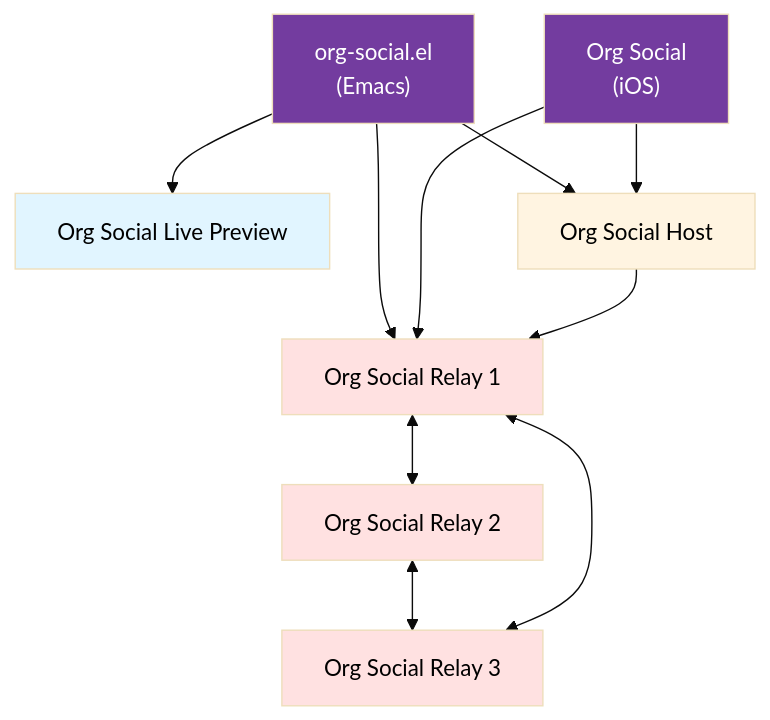
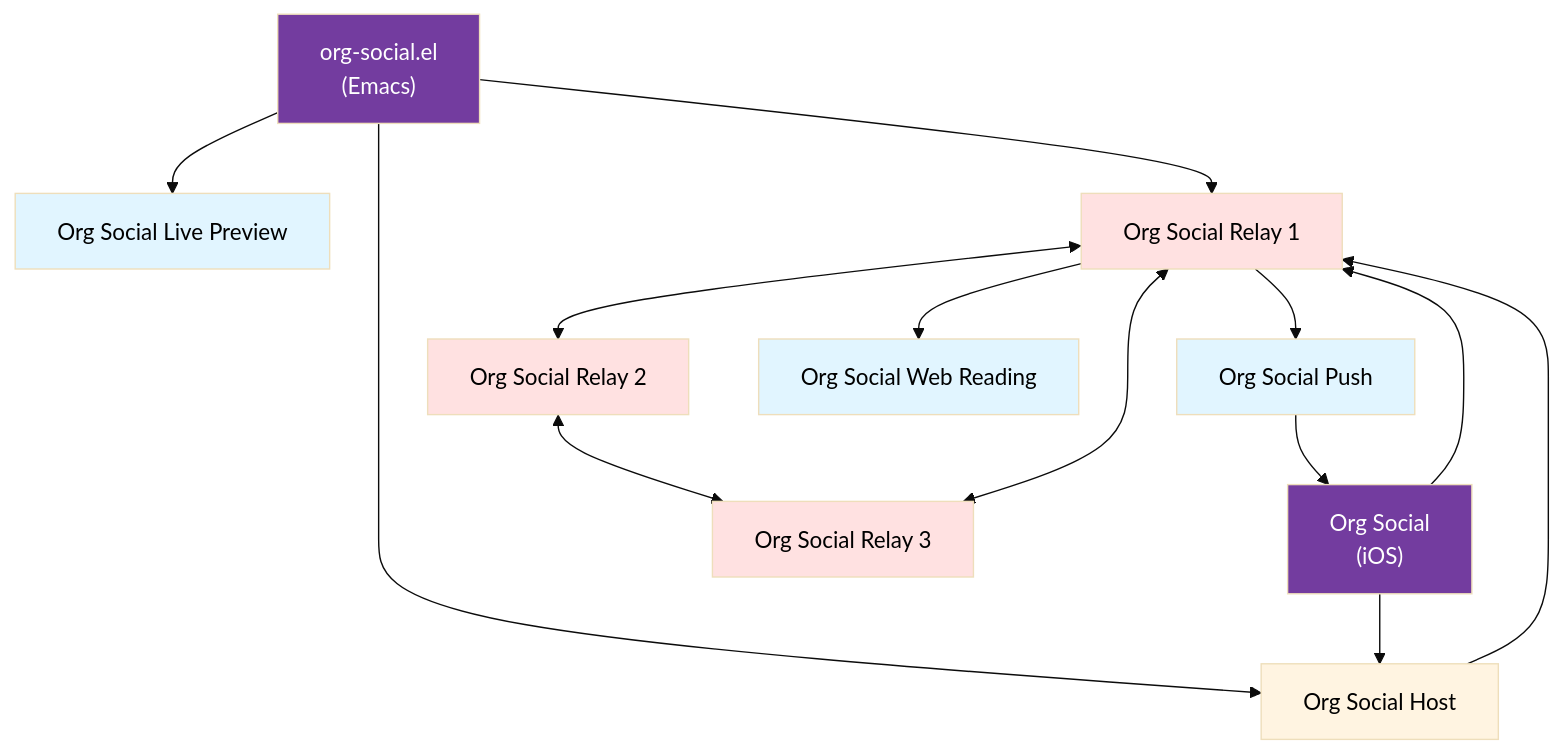
The fifth of 5 diagrams in README.md (tanrax/org-social), drawn with Mermaid (base theme) before and after one commit. The commit also changed other lines of this file and 1 other file, not shown here.

Commit message:
Add Org Social Push and Web Reading to architecture section

````diff
--- a/README.md
+++ b/README.md
@@ -1051,22 +1051,28 @@
 ```mermaid
 flowchart TB
     ClientEmacs["org-social.el<br/>(Emacs)"] --> Preview["Org Social Live Preview"]
     ClientEmacs --> Relay1["Org Social Relay 1"]
     ClientEmacs --> Host["Org Social Host"]
     ClientiOS["Org Social<br/>(iOS)"] --> Relay1
     ClientiOS --> Host
 
     Host --> Relay1
 
     Relay1 <--> Relay2["Org Social Relay 2"]
     Relay2 <--> Relay3["Org Social Relay 3"]
     Relay3 <--> Relay1
 
+    Relay1 --> Push["Org Social Push"]
+    Push --> ClientiOS
+    Relay1 --> WebReading["Org Social Web Reading"]
+
     style ClientEmacs fill:#733c9f,color:white
     style ClientiOS fill:#733c9f,color:white
     style Preview fill:#e1f5ff,color:black
+    style Push fill:#e1f5ff,color:black
+    style WebReading fill:#e1f5ff,color:black
     style Relay1 fill:#ffe1e1,color:black
     style Relay2 fill:#ffe1e1,color:black
     style Relay3 fill:#ffe1e1,color:black
     style Host fill:#fff4e1,color:black
 ```
````
